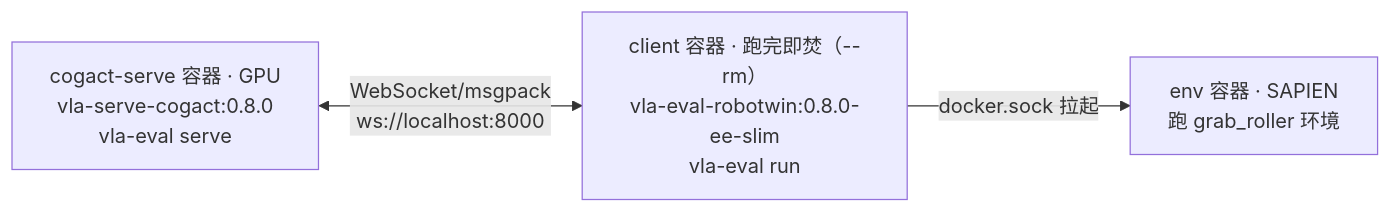
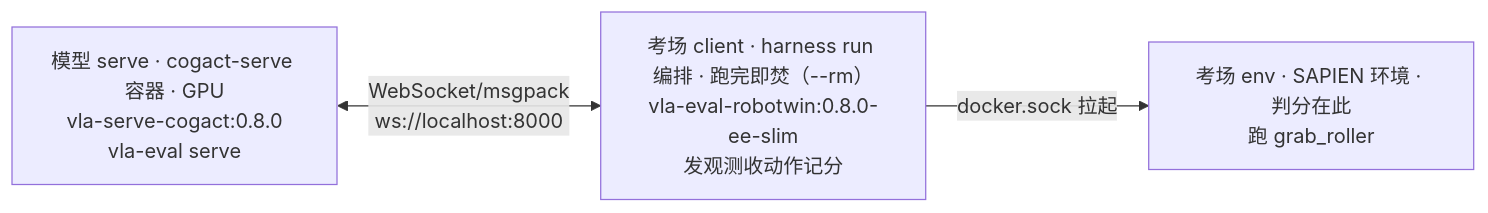
The diagram in docs/tutorial/quickstart.md (link-seek/partner-vla-eval), drawn with Mermaid before and after one commit.

Commit message:
docs: 链路图标注三容器身份（模型serve/考场client/考场env）

````diff
--- a/docs/tutorial/quickstart.md
+++ b/docs/tutorial/quickstart.md
@@ -10,8 +10,8 @@
 ```mermaid
 flowchart LR
-    S["cogact-serve 容器 · GPU<br/>vla-serve-cogact:0.8.0<br/>vla-eval serve"]
-    C["client 容器 · 跑完即焚（--rm）<br/>vla-eval-robotwin:0.8.0-ee-slim<br/>vla-eval run"]
-    E["env 容器 · SAPIEN<br/>跑 grab_roller 环境"]
+    S["模型 serve · cogact-serve 容器 · GPU<br/>vla-serve-cogact:0.8.0<br/>vla-eval serve"]
+    C["考场 client · harness run 编排 · 跑完即焚（--rm）<br/>vla-eval-robotwin:0.8.0-ee-slim<br/>发观测收动作记分"]
+    E["考场 env · SAPIEN 环境 · 判分在此<br/>跑 grab_roller"]
     S <-->|"WebSocket/msgpack<br/>ws://localhost:8000"| C
     C -->|"docker.sock 拉起"| E
 ```
````
